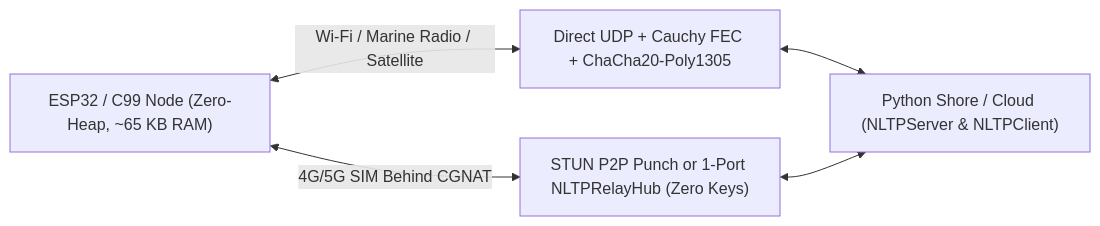
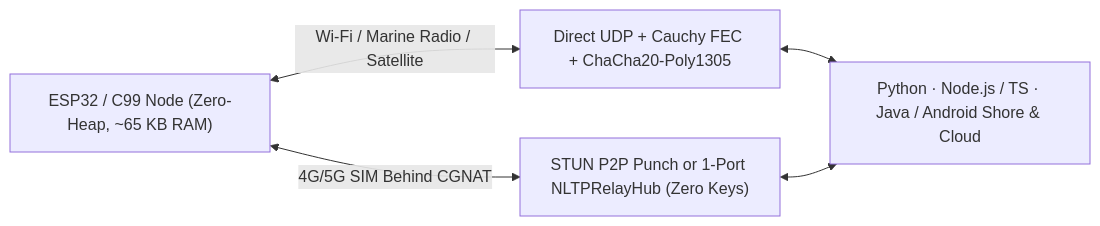
One commit to indian-aman/necklink changed the diagram in README.md. Above: the diagram before and after it, drawn with Mermaid. The commit also changed other lines of this file and 35 other files, not shown here.

````diff
--- a/README.md
+++ b/README.md
@@ -39,7 +42,7 @@
 ```mermaid
 flowchart LR
     A["ESP32 / C99 Node (Zero-Heap, ~65 KB RAM)"] <-->|"Wi-Fi / Marine Radio / Satellite"| B["Direct UDP + Cauchy FEC + ChaCha20-Poly1305"]
-    B <--> C["Python Shore / Cloud (NLTPServer & NLTPClient)"]
+    B <--> C["Python · Node.js / TS · Java / Android Shore & Cloud"]
     A <-->|"4G/5G SIM Behind CGNAT"| D["STUN P2P Punch or 1-Port NLTPRelayHub (Zero Keys)"]
     D <--> C
 ```
````
